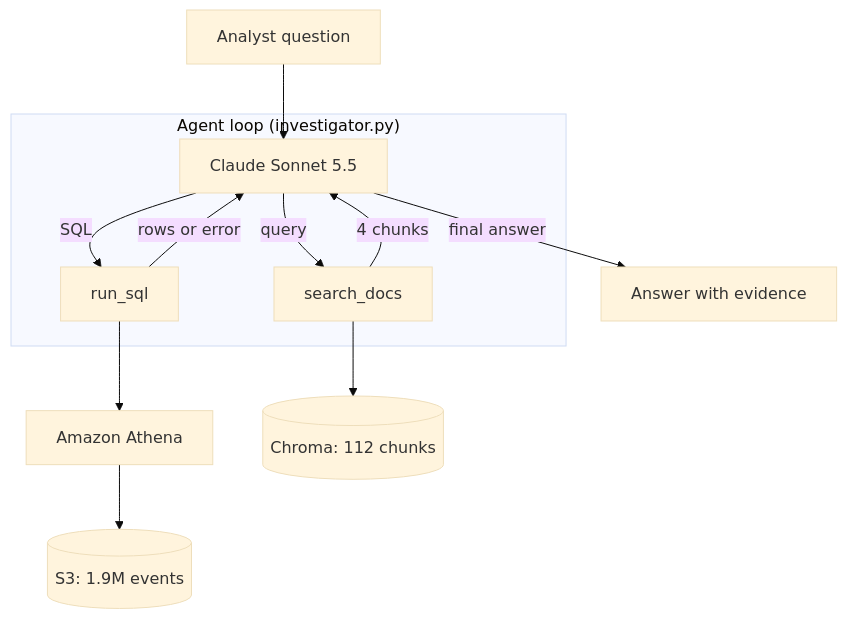
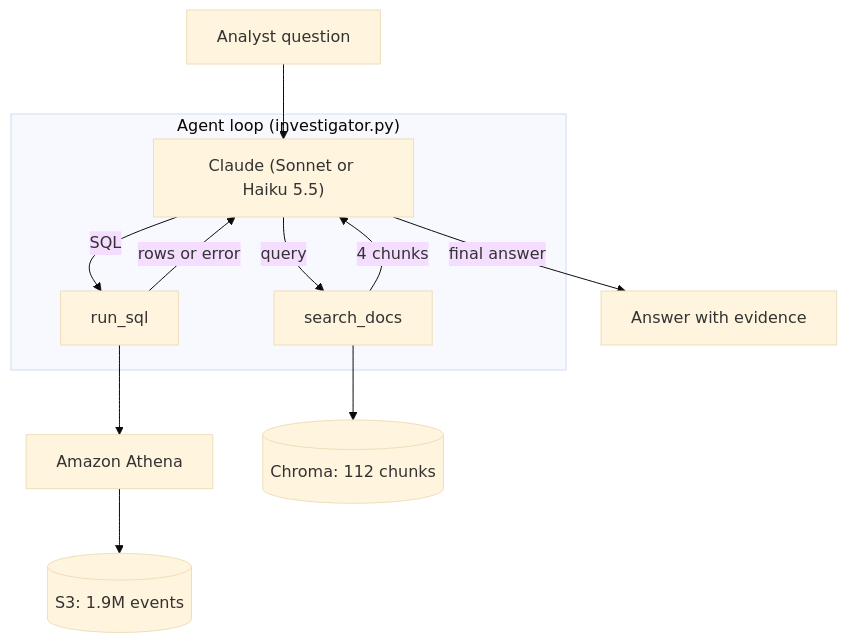
Before and after one commit to Iditc/cloudtrail-ai-investigator: the first of 2 diagrams in README.md, drawn with Mermaid (base theme). The commit also changed other lines of this file and 3 other files, not shown here.

````diff
--- a/README.md
+++ b/README.md
@@ -58,16 +84,16 @@
 ```mermaid
 flowchart TB
     Q["Analyst question"] --> C
 
     subgraph LOOP["Agent loop (investigator.py)"]
-        C["Claude Sonnet 5.5"] -- "SQL" --> T["run_sql"]
+        C["Claude (Sonnet or Haiku 5.5)"] -- "SQL" --> T["run_sql"]
         T -- "rows or error" --> C
         C -- "query" --> R["search_docs"]
         R -- "4 chunks" --> C
     end
 
     T --> ATH["Amazon Athena"]
     ATH --> S3[("S3: 1.9M events")]
     R --> V[("Chroma: 112 chunks")]
     C -- "final answer" --> A["Answer with evidence"]
 ```
````
